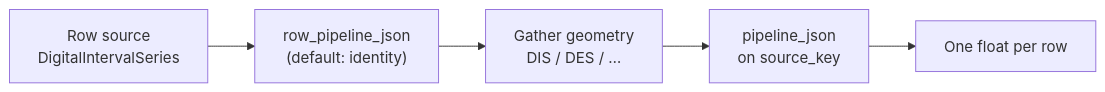
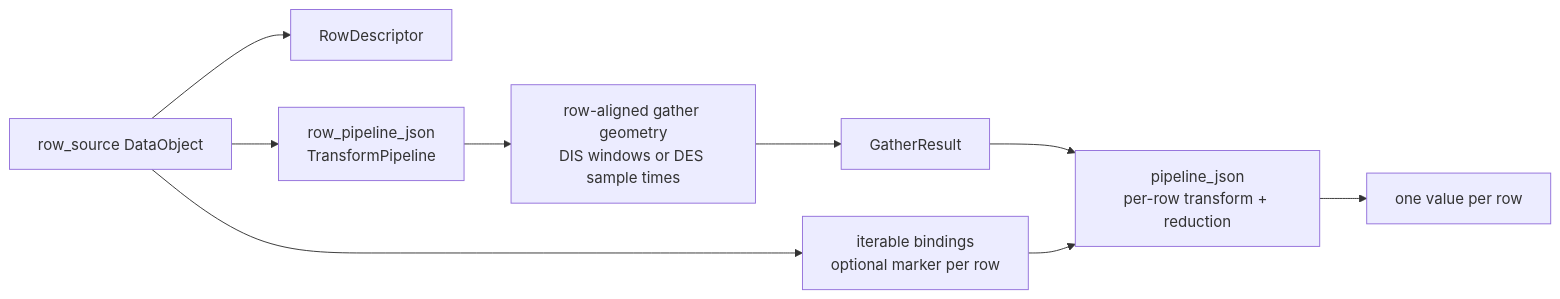
One commit to paulmthompson/WhiskerToolbox changed the diagram in docs/developer/TensorDesign/column_row_pipeline.qmd. Above: the diagram before and after it, drawn with Mermaid. The commit also changed other lines of this file and 8 other files, not shown here.

Commit message:
flesh out plan for column creation in tensors using TransformPipeline and new GatherResult

````diff
--- a/docs/developer/TensorDesign/column_row_pipeline.qmd
+++ b/docs/developer/TensorDesign/column_row_pipeline.qmd
@@ -36,10 +75,15 @@
 ```mermaid
 flowchart LR
-    RowDIS["Row source\nDigitalIntervalSeries"]
-    RowPipe["row_pipeline_json\n(default: identity)"]
-    Geom["Gather geometry\nDIS / DES / …"]
-    SrcPipe["pipeline_json\non source_key"]
-    Scalar["One float per row"]
+    RowSource["row_source DataObject"]
+    RowDesc["RowDescriptor"]
+    RowPipeline["row_pipeline_json\nTransformPipeline"]
+    Metadata["row-aligned gather geometry\nDIS windows or DES sample times"]
+    Gather["GatherResult<SourceT>"]
+    Context["iterable bindings\noptional marker per row"]
+    SourcePipeline["pipeline_json\nper-row transform + reduction"]
+    Value["one value per row"]
 
-    RowDIS --> RowPipe --> Geom --> SrcPipe --> Scalar
+    RowSource --> RowDesc
+    RowSource --> RowPipeline --> Metadata --> Gather --> SourcePipeline --> Value
+    RowSource --> Context --> SourcePipeline
 ```
````
